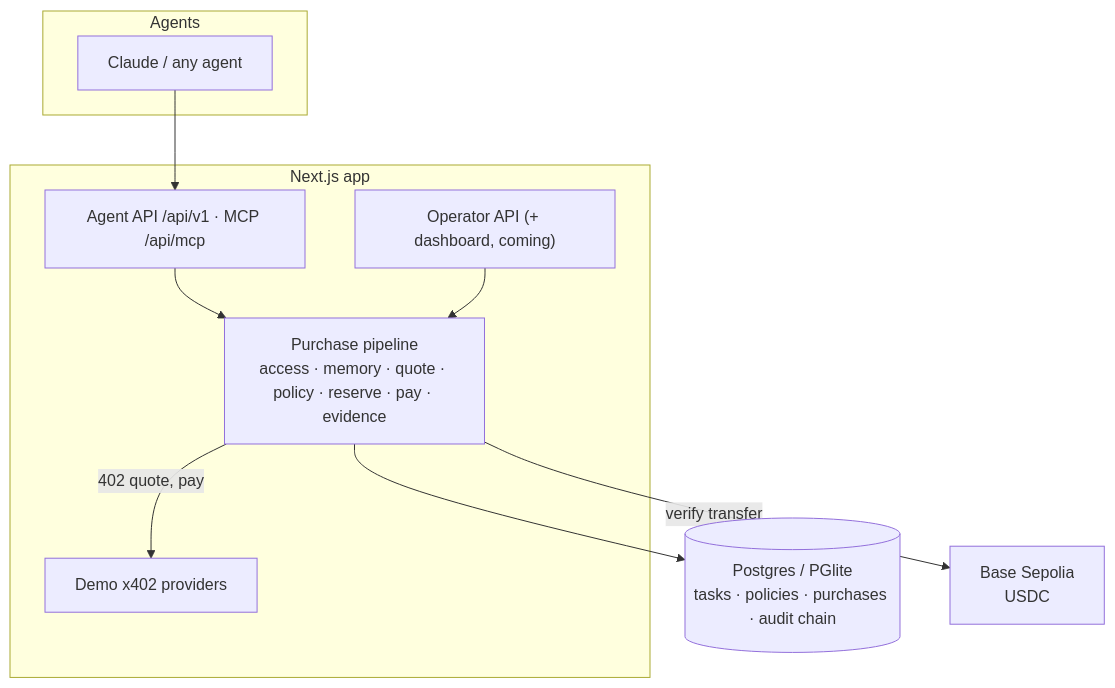
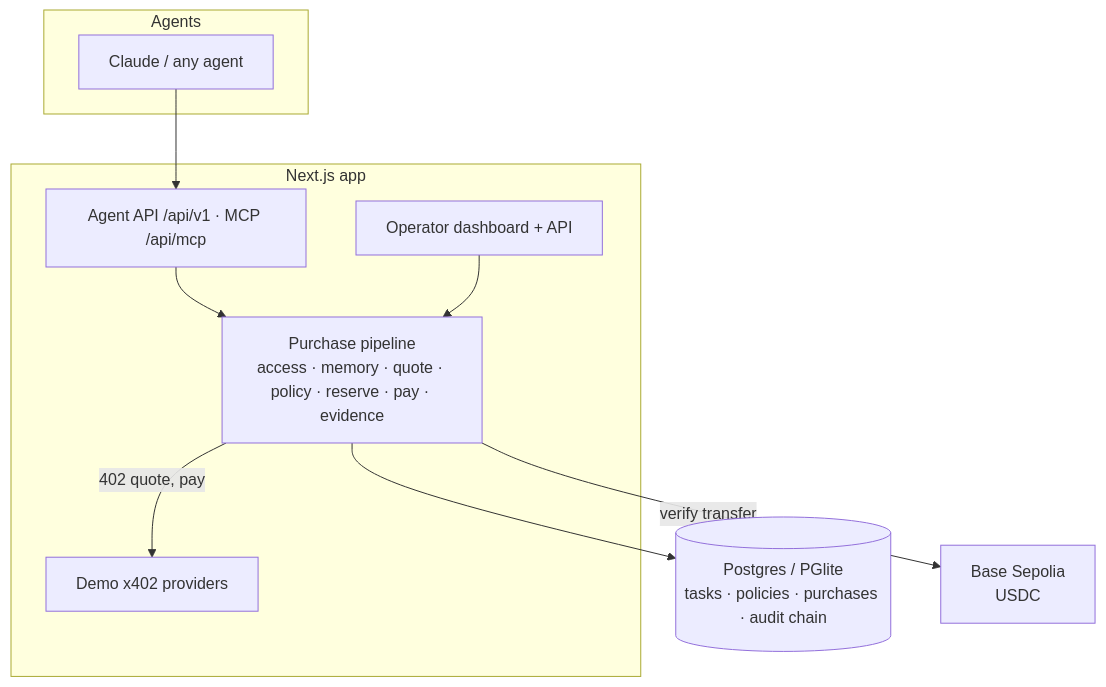
Before and after one commit to phoenix-2203/aerar: the third of 3 diagrams in README.md, drawn with Mermaid. The commit also changed other lines of this file, not shown here.

````diff
--- a/README.md
+++ b/README.md
@@ -232,19 +236,19 @@
 ```mermaid
 flowchart TB
     subgraph Agents
         AG["Claude / any agent"]
     end
     subgraph App["Next.js app"]
         API["Agent API /api/v1 · MCP /api/mcp"]
-        OP["Operator API (+ dashboard, coming)"]
+        OP["Operator dashboard + API"]
         PIPE["Purchase pipeline<br/>access · memory · quote · policy · reserve · pay · evidence"]
         DEMO["Demo x402 providers"]
     end
     DB[("Postgres / PGlite<br/>tasks · policies · purchases · audit chain")]
     BASE["Base Sepolia<br/>USDC"]
     AG --> API --> PIPE
     OP --> PIPE
     PIPE --> DB
     PIPE -->|402 quote, pay| DEMO
     PIPE -->|verify transfer| BASE
 ```
````
